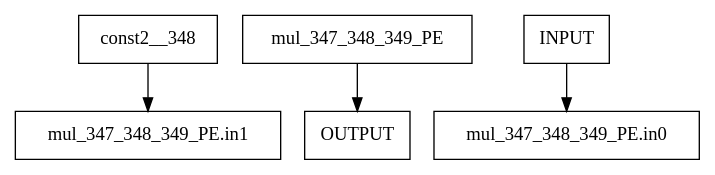
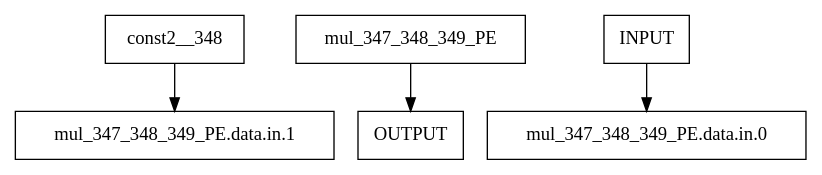
Before and after one commit to akashlevy/CGRAGenerator: the diagram in bitstream/bsbuilder/testdir/examples/pointwise_mapped.dot, drawn with Graphviz. The commit also changed 382 other files, not shown here.

```diff
--- a/bitstream/bsbuilder/testdir/examples/pointwise_mapped.dot
+++ b/bitstream/bsbuilder/testdir/examples/pointwise_mapped.dot
@@ -1,6 +1,6 @@
 digraph Diagram {
   node [shape=box]; # Comment
-    "const2__348" -> "mul_347_348_349_PE.in1";
+    "const2__348" -> "mul_347_348_349_PE.data.in.1";
     "mul_347_348_349_PE" -> "OUTPUT";
-    "INPUT" -> "mul_347_348_349_PE.in0";
+    "INPUT" -> "mul_347_348_349_PE.data.in.0";
 }
```
